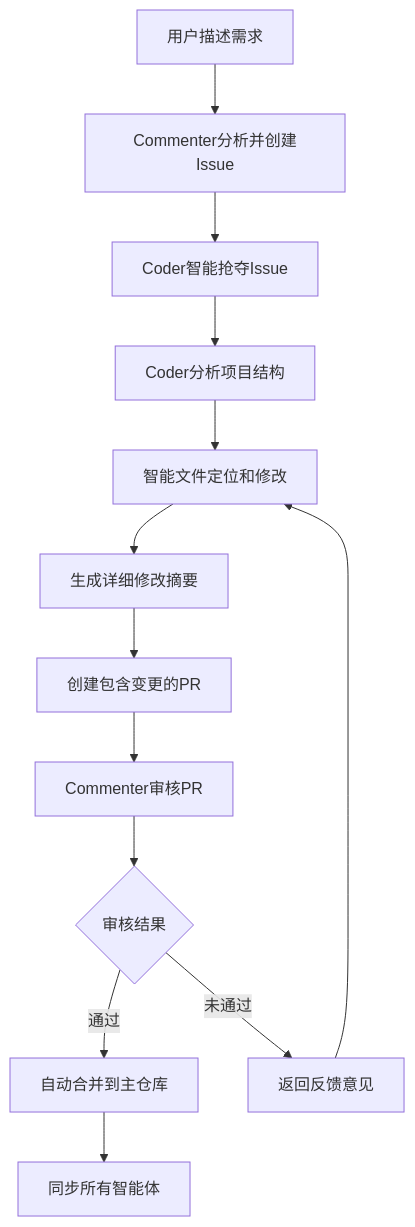
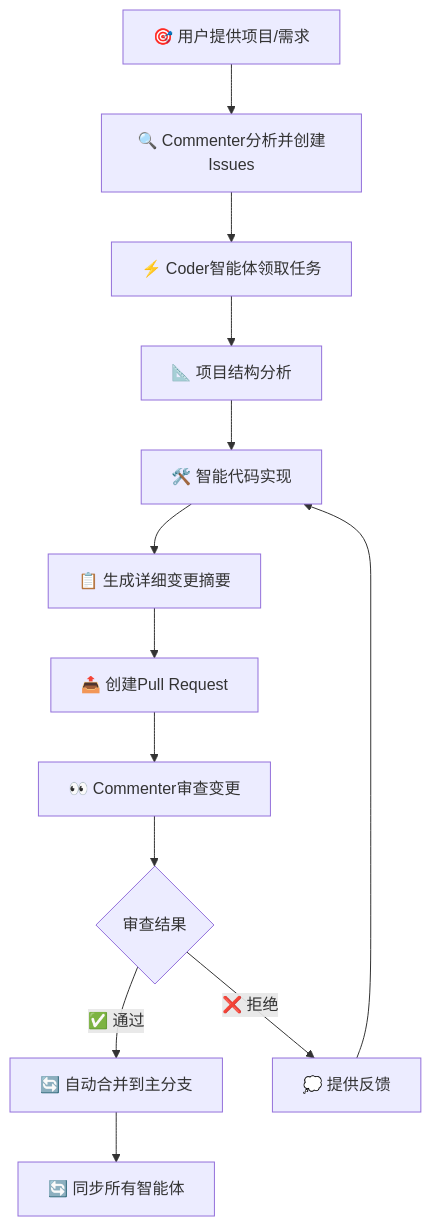
One commit to charr-Chen/multi-agent-coder changed the second of 2 diagrams in README.md. Above: the diagram before and after it, drawn with Mermaid. The commit also changed other lines of this file, not shown here.

````diff
--- a/README.md
+++ b/README.md
@@ -403,15 +437,15 @@
 ```mermaid
 graph TD
-    A[用户描述需求] --> B[Commenter分析并创建Issue]
-    B --> C[Coder智能抢夺Issue]
-    C --> D[Coder分析项目结构]
-    D --> E[智能文件定位和修改]
-    E --> F[生成详细修改摘要]
-    F --> G[创建包含变更的PR]
-    G --> H[Commenter审核PR]
-    H --> I{审核结果}
-    I -->|通过| J[自动合并到主仓库]
-    I -->|未通过| K[返回反馈意见]
-    J --> L[同步所有智能体]
+    A["🎯 用户提供项目/需求"] --> B["🔍 Commenter分析并创建Issues"]
+    B --> C["⚡ Coder智能体领取任务"]
+    C --> D["📐 项目结构分析"]
+    D --> E["🛠️ 智能代码实现"]
+    E --> F["📋 生成详细变更摘要"]
+    F --> G["📤 创建Pull Request"]
+    G --> H["👀 Commenter审查变更"]
+    H --> I{审查结果}
+    I -->|✅ 通过| J["🔄 自动合并到主分支"]
+    I -->|❌ 拒绝| K["💭 提供反馈"]
+    J --> L["🔄 同步所有智能体"]
     K --> E
 ```
````
